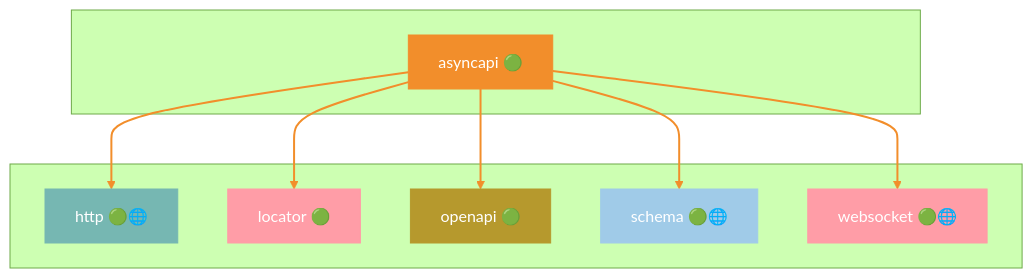
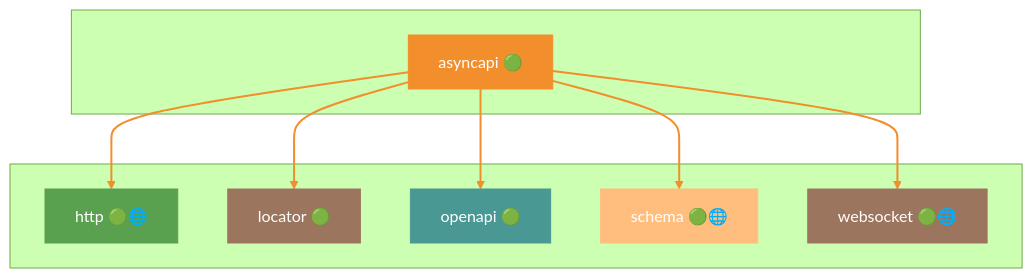
One commit to grest-ts/grest-ts changed the third of 46 diagrams in docs/DEPENDENCIES.md. Above: the diagram before and after it, drawn with Mermaid (forest theme). The commit also changed other lines of this file and 59 other files, not shown here.

````diff
--- a/docs/DEPENDENCIES.md
+++ b/docs/DEPENDENCIES.md
@@ -455,29 +449,29 @@
 ```mermaid
 flowchart TB
     subgraph Package[" "]
         asyncapi["asyncapi 🟢"]
     end
     subgraph Dependencies[" "]
         http["http 🟢🌐"]
         locator["locator 🟢"]
         openapi["openapi 🟢"]
         schema["schema 🟢🌐"]
         websocket["websocket 🟢🌐"]
     end
     asyncapi --> http
     asyncapi --> locator
     asyncapi --> openapi
     asyncapi --> schema
     asyncapi --> websocket
     style asyncapi fill:#F28E2B,stroke:#F28E2B,color:#fff
-    style http fill:#76B7B2,stroke:#76B7B2,color:#fff
-    style locator fill:#FF9DA7,stroke:#FF9DA7,color:#fff
-    style openapi fill:#B6992D,stroke:#B6992D,color:#fff
-    style schema fill:#A0CBE8,stroke:#A0CBE8,color:#fff
-    style websocket fill:#FF9DA7,stroke:#FF9DA7,color:#fff
+    style http fill:#59A14F,stroke:#59A14F,color:#fff
+    style locator fill:#9C755F,stroke:#9C755F,color:#fff
+    style openapi fill:#499894,stroke:#499894,color:#fff
+    style schema fill:#FFBE7D,stroke:#FFBE7D,color:#fff
+    style websocket fill:#9C755F,stroke:#9C755F,color:#fff
     linkStyle 0 stroke:#F28E2B,stroke-width:2px
     linkStyle 1 stroke:#F28E2B,stroke-width:2px
     linkStyle 2 stroke:#F28E2B,stroke-width:2px
     linkStyle 3 stroke:#F28E2B,stroke-width:2px
     linkStyle 4 stroke:#F28E2B,stroke-width:2px
 ```
````
